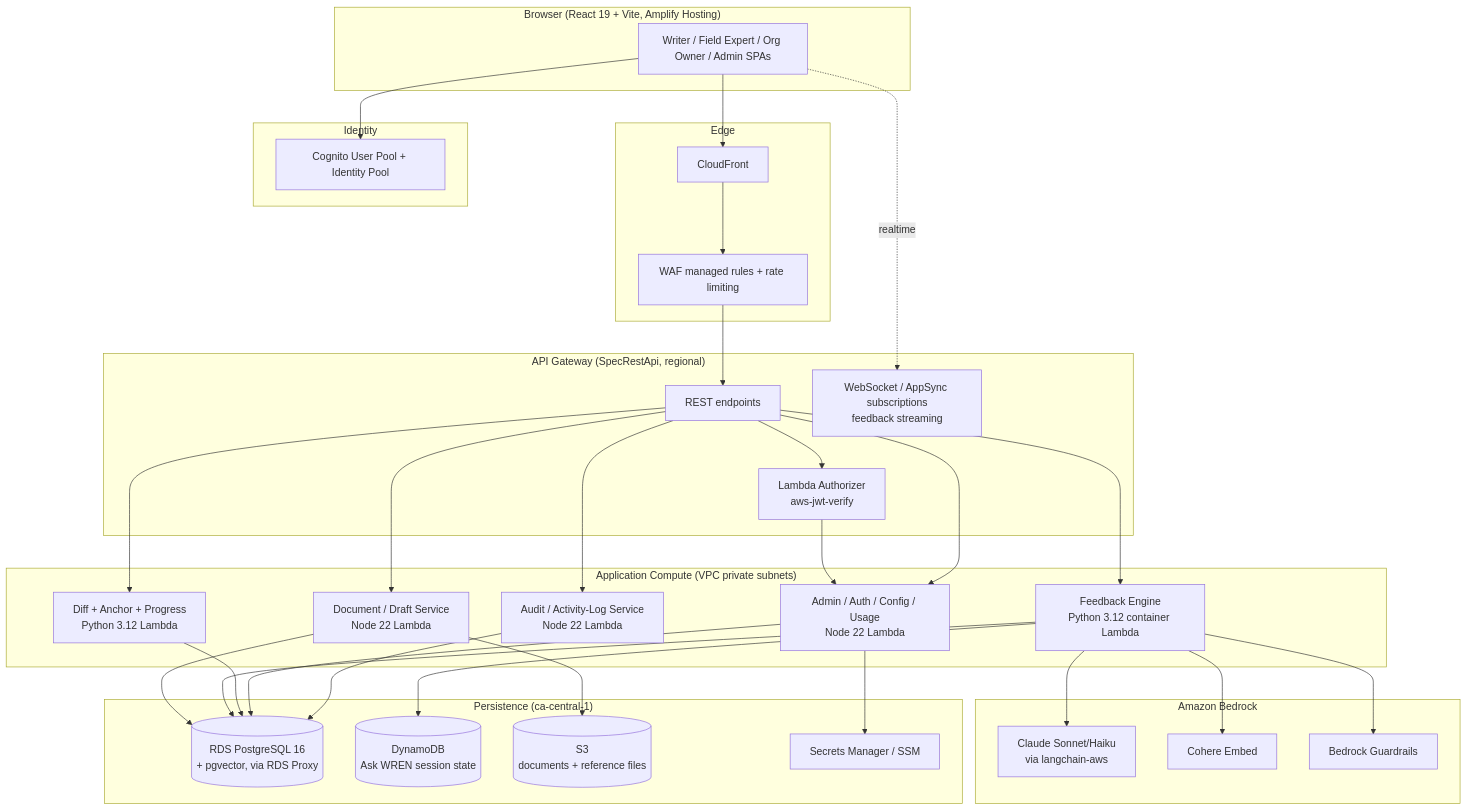
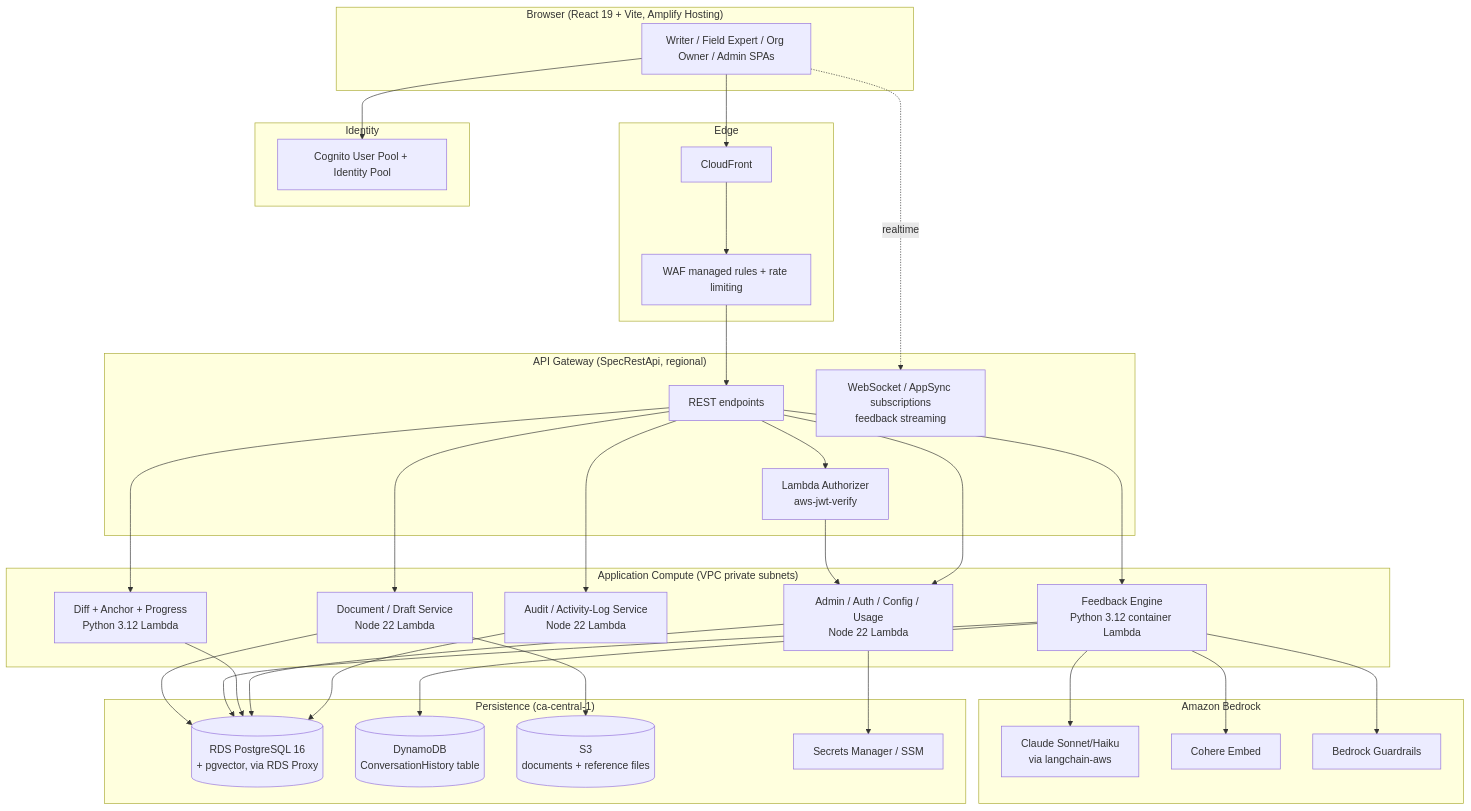
The first of 4 diagrams in .kiro/specs/leon-writing-coach/design.md (Owen-Wangg/WREN), drawn with Mermaid before and after one commit. The commit also changed other lines of this file and 2 other files, not shown here.

First line of the commit message:
docs(spec): Rebrand platform to WREN, keep leon as code default

````diff
--- a/.kiro/specs/leon-writing-coach/design.md
+++ b/.kiro/specs/leon-writing-coach/design.md
@@ -28,55 +28,55 @@
 ```mermaid
 graph TB
     subgraph Client["Browser (React 19 + Vite, Amplify Hosting)"]
         UI[Writer / Field Expert / Org Owner / Admin SPAs]
     end
 
     subgraph Edge["Edge"]
         CF[CloudFront]
         WAF[WAF managed rules + rate limiting]
     end
 
     subgraph Auth["Identity"]
         COG[Cognito User Pool + Identity Pool]
     end
 
     subgraph API["API Gateway (SpecRestApi, regional)"]
         AUTHZ[Lambda Authorizer<br/>aws-jwt-verify]
         REST[REST endpoints]
         WS[WebSocket / AppSync subscriptions<br/>feedback streaming]
     end
 
     subgraph Compute["Application Compute (VPC private subnets)"]
         DOCSVC[Document / Draft Service<br/>Node 22 Lambda]
         FBENG[Feedback Engine<br/>Python 3.12 container Lambda]
         DIFF[Diff + Anchor + Progress<br/>Python 3.12 Lambda]
         ADMINSVC[Admin / Auth / Config / Usage<br/>Node 22 Lambda]
         AUDIT[Audit / Activity-Log Service<br/>Node 22 Lambda]
     end
 
     subgraph AI["Amazon Bedrock"]
         CLAUDE[Claude Sonnet/Haiku<br/>via langchain-aws]
         EMBED[Cohere Embed]
         GUARD[Bedrock Guardrails]
     end
 
     subgraph Data["Persistence (ca-central-1)"]
         RDS[(RDS PostgreSQL 16<br/>+ pgvector, via RDS Proxy)]
-        DDB[(DynamoDB<br/>Ask WREN session state)]
+        DDB[(DynamoDB<br/>ConversationHistory table)]
         S3[(S3<br/>documents + reference files)]
         SM[Secrets Manager / SSM]
     end
 
     UI --> CF --> WAF --> REST
     UI -.realtime.-> WS
     UI --> COG
     REST --> AUTHZ
     AUTHZ --> ADMINSVC
     REST --> DOCSVC & FBENG & DIFF & ADMINSVC & AUDIT
     DOCSVC --> S3 & RDS
     FBENG --> CLAUDE & EMBED & GUARD & RDS
     DIFF --> RDS
     ADMINSVC --> RDS & SM
     AUDIT --> RDS
     FBENG --> DDB
 ```
````
